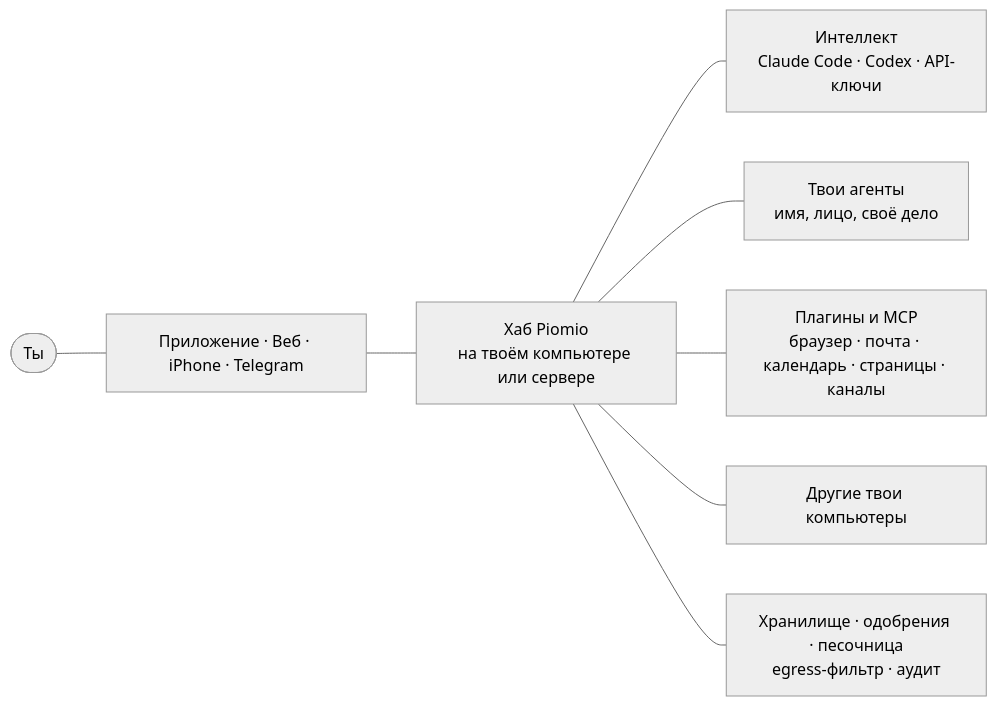
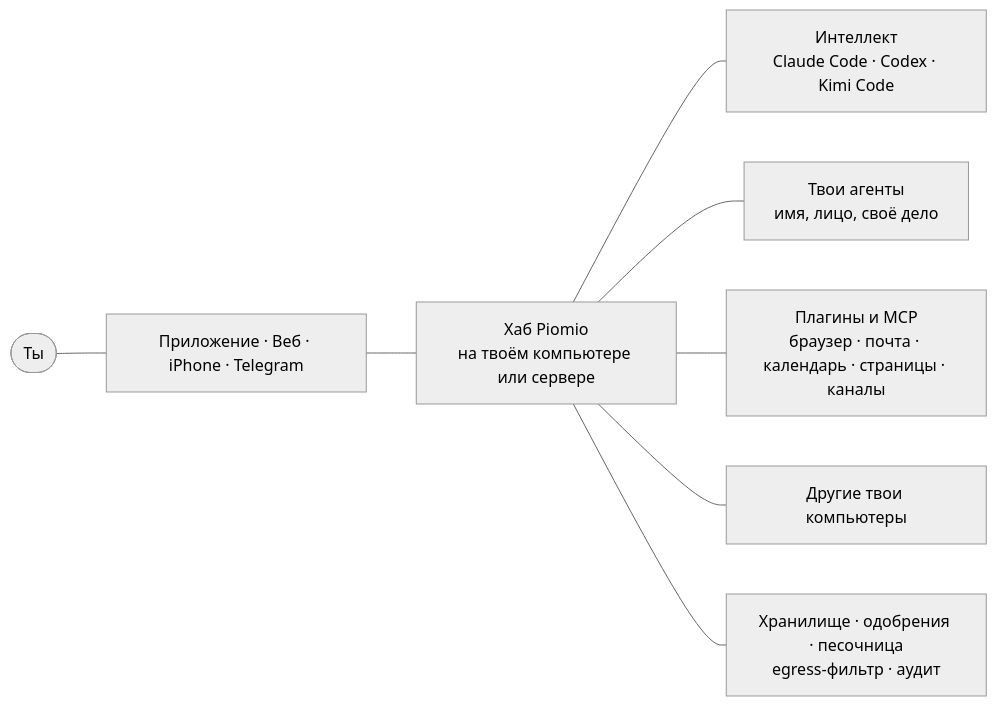
Before and after one commit to legostin/piomio: the diagram in README.ru.md, drawn with Mermaid (neutral theme). The commit also changed other lines of this file and 25 other files, not shown here.

First line of the commit message:
PIOMIO_API_KEYS: model access through plain API keys is off unless the hub starts with it

````diff
--- a/README.ru.md
+++ b/README.ru.md
@@ -99,10 +99,10 @@
 ```mermaid
 flowchart LR
   you(["Ты"]) --- apps["Приложение · Веб · iPhone · Telegram"]
   apps --- hub["Хаб Piomio<br/>на твоём компьютере или сервере"]
-  hub --- brains["Интеллект<br/>Claude Code · Codex · API-ключи"]
+  hub --- brains["Интеллект<br/>Claude Code · Codex · Kimi Code"]
   hub --- team["Твои агенты<br/>имя, лицо, своё дело"]
   hub --- tools["Плагины и MCP<br/>браузер · почта · календарь · страницы · каналы"]
   hub --- machines["Другие твои компьютеры"]
   hub --- guard["Хранилище · одобрения · песочница<br/>egress-фильтр · аудит"]
 ```
````
